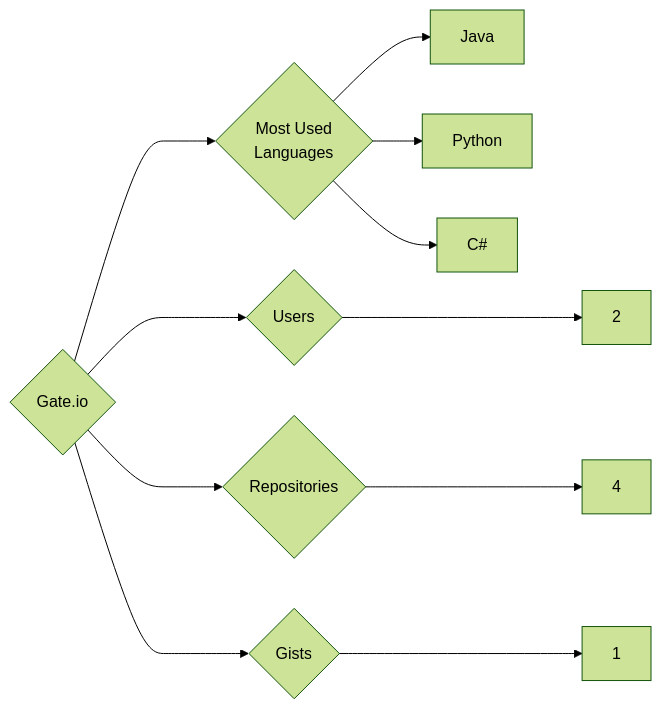
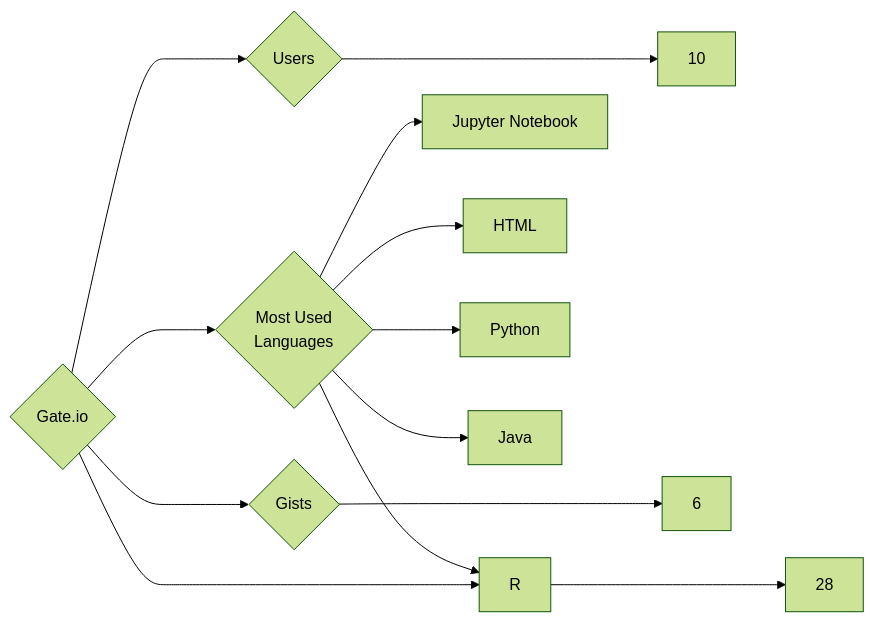
One commit to trickest/insiders changed the diagram in targets/Gate.io/README.md. Above: the diagram before and after it, drawn with Mermaid (forest theme). The commit also changed 933 other files, not shown here.

````diff
--- a/targets/Gate.io/README.md
+++ b/targets/Gate.io/README.md
@@ -3,11 +3,13 @@
 ```mermaid
 graph LR
 COMPANY_NAME{Gate.io}
-COMPANY_NAME ---> U{Users} ---> UN[2]
-COMPANY_NAME ---> R{Repositories} ---> RN[4]
-COMPANY_NAME ---> G{Gists} ---> GN[1]
+COMPANY_NAME ---> U{Users} ---> UN[10]
+COMPANY_NAME ---> R{Repositories} ---> RN[28]
+COMPANY_NAME ---> G{Gists} ---> GN[6]
 COMPANY_NAME ---> ML{Most Used<br>Languages}
+ML --> Jupyter_Notebook[Jupyter Notebook]
+ML --> R[R]
+ML --> HTML[HTML]
+ML --> Python[Python]
 ML --> Java[Java]
-ML --> Python[Python]
-ML --> C#[C#]
 ```
````
